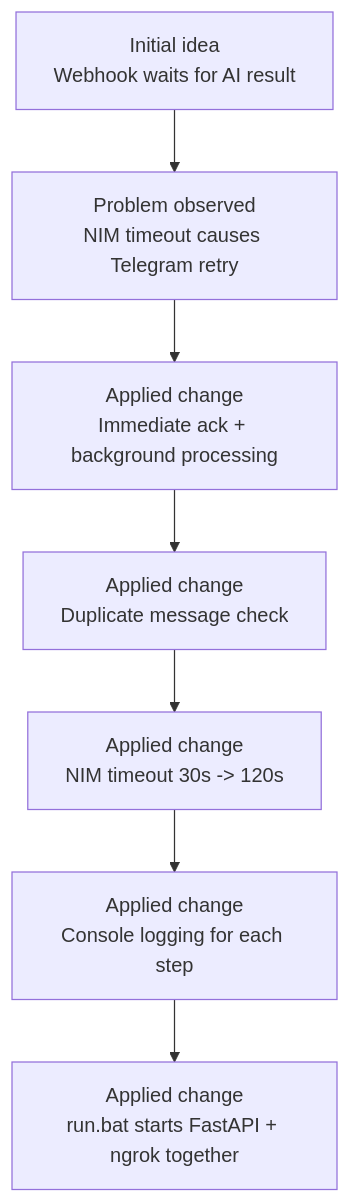
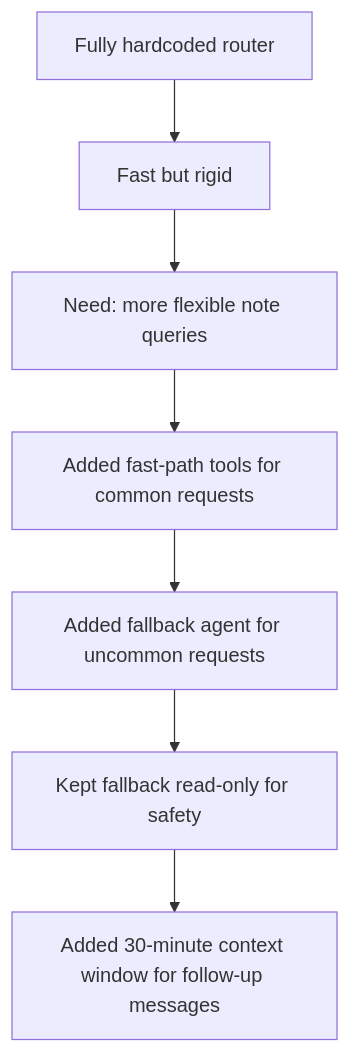
The third of 4 diagrams in docs/ARCHITECTURE.md (Transient-Onlooker/tg-note-agent), drawn with Mermaid before and after one commit. The commit also changed other lines of this file and 21 other files, not shown here.

````diff
--- a/docs/ARCHITECTURE.md
+++ b/docs/ARCHITECTURE.md
@@ -69,9 +121,9 @@
 ```mermaid
 flowchart TD
-    A["Initial idea<br/>Webhook waits for AI result"] --> B["Problem observed<br/>NIM timeout causes Telegram retry"]
-    B --> C["Applied change<br/>Immediate ack + background processing"]
-    C --> D["Applied change<br/>Duplicate message check"]
-    D --> E["Applied change<br/>NIM timeout 30s -> 120s"]
-    E --> F["Applied change<br/>Console logging for each step"]
-    F --> G["Applied change<br/>run.bat starts FastAPI + ngrok together"]
+    A["Fully hardcoded router"] --> B["Fast but rigid"]
+    B --> C["Need: more flexible note queries"]
+    C --> D["Added fast-path tools for common requests"]
+    D --> E["Added fallback agent for uncommon requests"]
+    E --> F["Kept fallback read-only for safety"]
+    F --> G["Added 30-minute context window for follow-up messages"]
 ```
````
